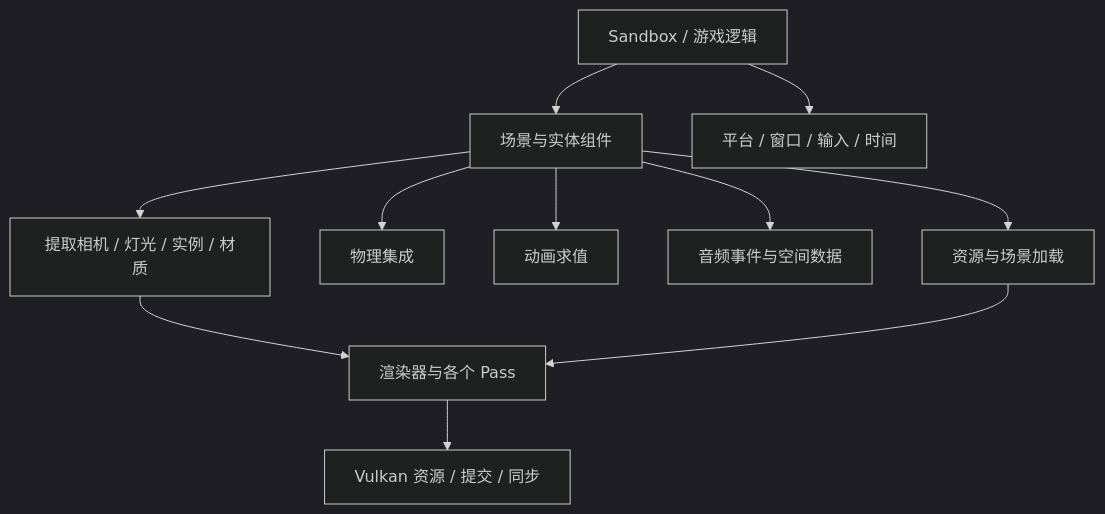
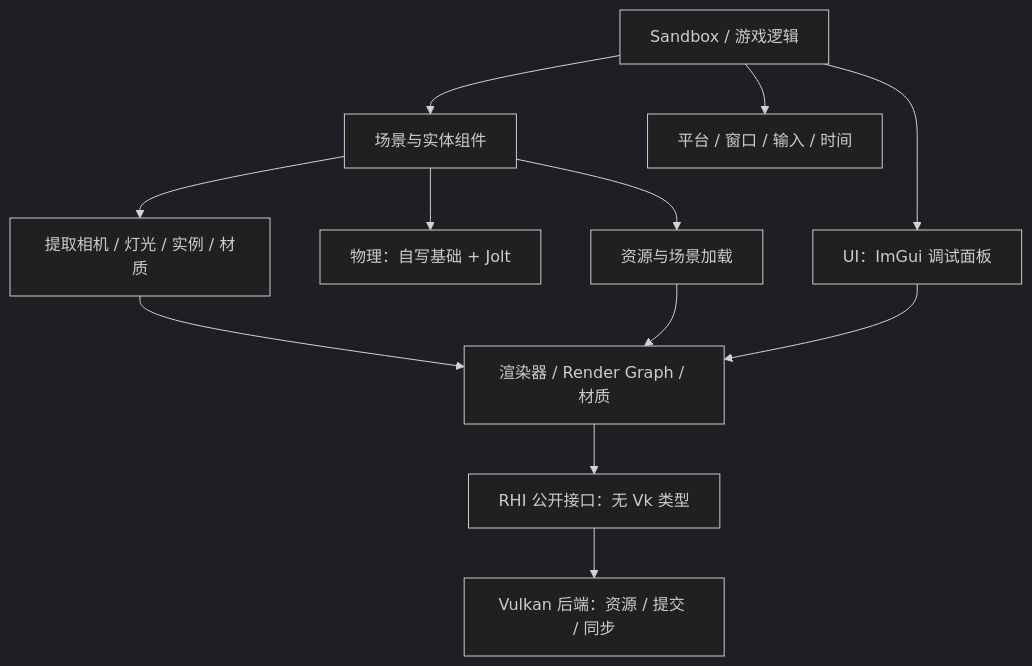
The diagram in docs/ARCHITECTURE.md (WithMatthew/IceShell), drawn with Mermaid (dark theme) before and after one commit. The commit also changed other lines of this file and 4 other files, not shown here.

First line of the commit message:
Restructure learning roadmap around RHI, UI, physics and ray tracing

````diff
--- a/docs/ARCHITECTURE.md
+++ b/docs/ARCHITECTURE.md
@@ -11,13 +11,14 @@
 ```mermaid
 flowchart TD
     App[Sandbox / 游戏逻辑] --> Scene[场景与实体组件]
     App --> Platform[平台 / 窗口 / 输入 / 时间]
     Scene --> Assets[资源与场景加载]
-    Scene --> Physics[物理集成]
-    Scene --> Animation[动画求值]
-    Scene --> Audio[音频事件与空间数据]
+    Scene --> Physics[物理：自写基础 + Jolt]
     Scene --> Extract[提取相机 / 灯光 / 实例 / 材质]
-    Extract --> Renderer[渲染器与各个 Pass]
+    App --> UI[UI：ImGui 调试面板]
+    Extract --> Renderer[渲染器 / Render Graph / 材质]
     Assets --> Renderer
-    Renderer --> Vulkan[Vulkan 资源 / 提交 / 同步]
+    UI --> Renderer
+    Renderer --> RHI[RHI 公开接口：无 Vk 类型]
+    RHI --> Vulkan[Vulkan 后端：资源 / 提交 / 同步]
 ```
````
